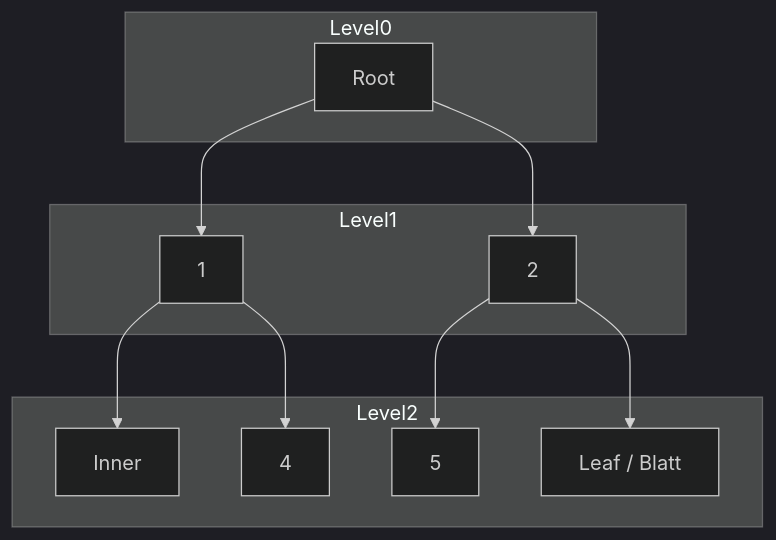
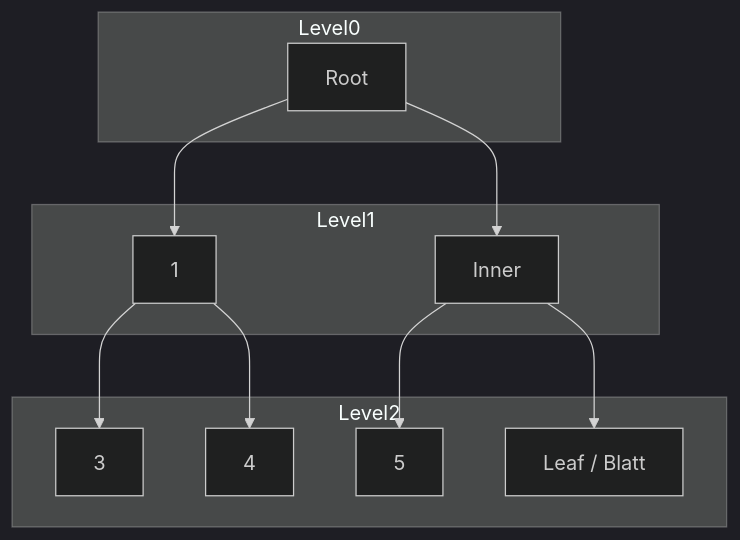
Before and after one commit to tsolenthaler/zbwAlgDs: the first of 14 diagrams in docs/datenstrukturen/binary-tree.md, drawn with Mermaid (dark theme).

Commit message:
Update binary tree diagram to clarify inner node labeling

````diff
--- a/docs/datenstrukturen/binary-tree.md
+++ b/docs/datenstrukturen/binary-tree.md
@@ -47,16 +47,16 @@
 ``` mermaid
 flowchart TD
     subgraph Level0
         0[Root]
     end
     subgraph Level1
         0 --> 1
-        0 --> 2
+        0 --> 2[Inner]
     end
     subgraph Level2
-        1 --> 3[Inner]
+        1 --> 3
         1 --> 4
         2 --> 5
         2 --> 6[Leaf / Blatt]
     end
 ```
````
